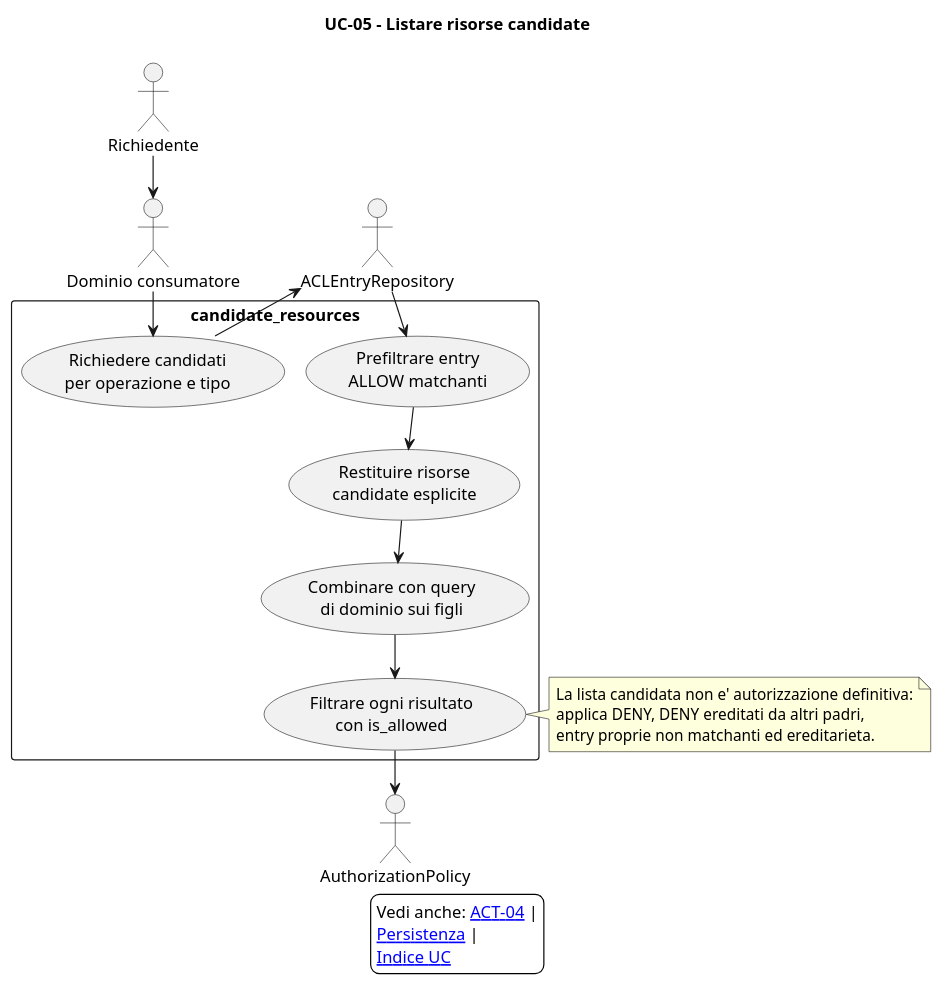
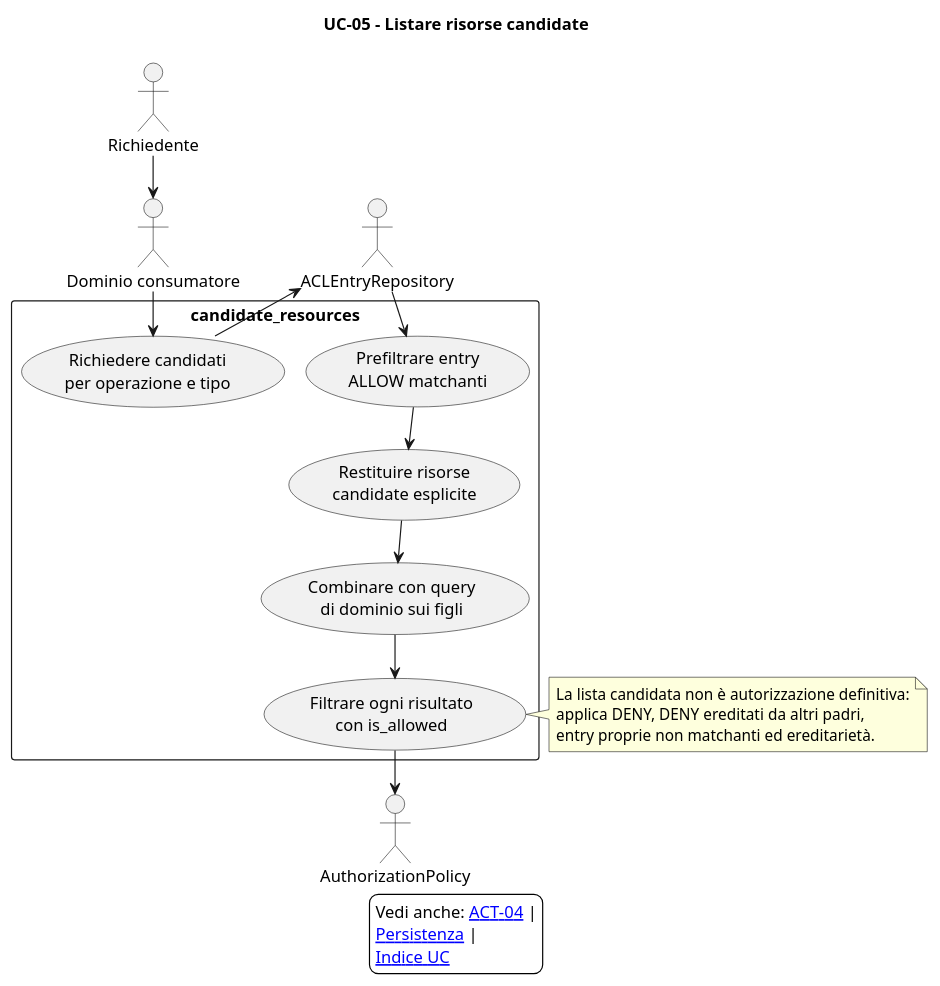
Before and after one commit to antlampas/ACL: the diagram in design/use case/05_listare_risorse_candidate.puml, drawn with PlantUML. The commit also changed 38 other files, not shown here.

Commit message:
docs: corretti testi e diagrammi UML

```diff
--- a/design/use case/05_listare_risorse_candidate.puml
+++ b/design/use case/05_listare_risorse_candidate.puml
@@ -1,48 +1,48 @@
 @startuml 05_listare_risorse_candidate
 ' Title: Sistema ACL - 05_listare_risorse_candidate
 ' Author/Licensor: Francesco
 ' Source: this repository
 ' License: Creative Commons Attribution-ShareAlike 4.0 International
 ' License URL: https://creativecommons.org/licenses/by-sa/4.0/
 ' SPDX-License-Identifier: CC-BY-SA-4.0
 !pragma layout smetana
 skinparam backgroundColor white
 skinparam nodesep 80
 skinparam ranksep 80
 title UC-05 - Listare risorse candidate
 skinparam shadowing false
 
 actor "Richiedente" as User
 actor "Dominio consumatore" as Domain
 actor "ACLEntryRepository" as Repo
 actor "AuthorizationPolicy" as Policy
 
 rectangle "candidate_resources" {
   usecase "Richiedere candidati\nper operazione e tipo" as UCAsk
   usecase "Prefiltrare entry\nALLOW matchanti" as UCPrefilter
   usecase "Restituire risorse\ncandidate esplicite" as UCCandidates
   usecase "Combinare con query\ndi dominio sui figli" as UCDomain
   usecase "Filtrare ogni risultato\ncon is_allowed" as UCFinal
 }
 
 User --> Domain
 Domain --> UCAsk
 UCAsk --> Repo
 Repo --> UCPrefilter
 UCPrefilter --> UCCandidates
 UCCandidates --> UCDomain
 UCDomain --> UCFinal
 UCFinal --> Policy
 
 note right of UCFinal
-  La lista candidata non e' autorizzazione definitiva:
+  La lista candidata non è autorizzazione definitiva:
   applica DENY, DENY ereditati da altri padri,
-  entry proprie non matchanti ed ereditarieta.
+  entry proprie non matchanti ed ereditarietà.
 end note
 
 legend
   Vedi anche: [[../attivit%C3%A0/04_candidate_resources.puml ACT-04]] |
   [[../componenti/06_persistenza_performance.puml Persistenza]] |
   [[00_mappa_use_case.puml Indice UC]]
 endlegend
 @enduml
```
